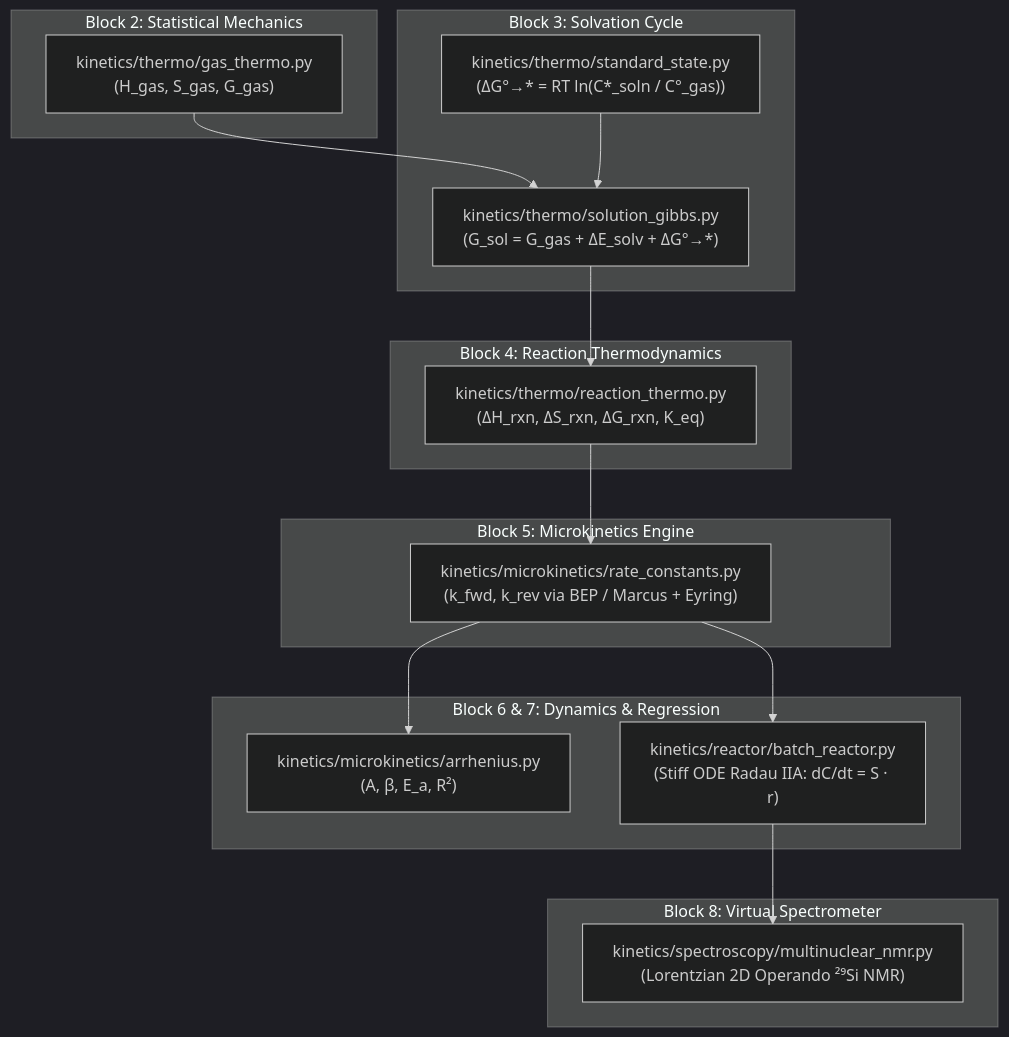
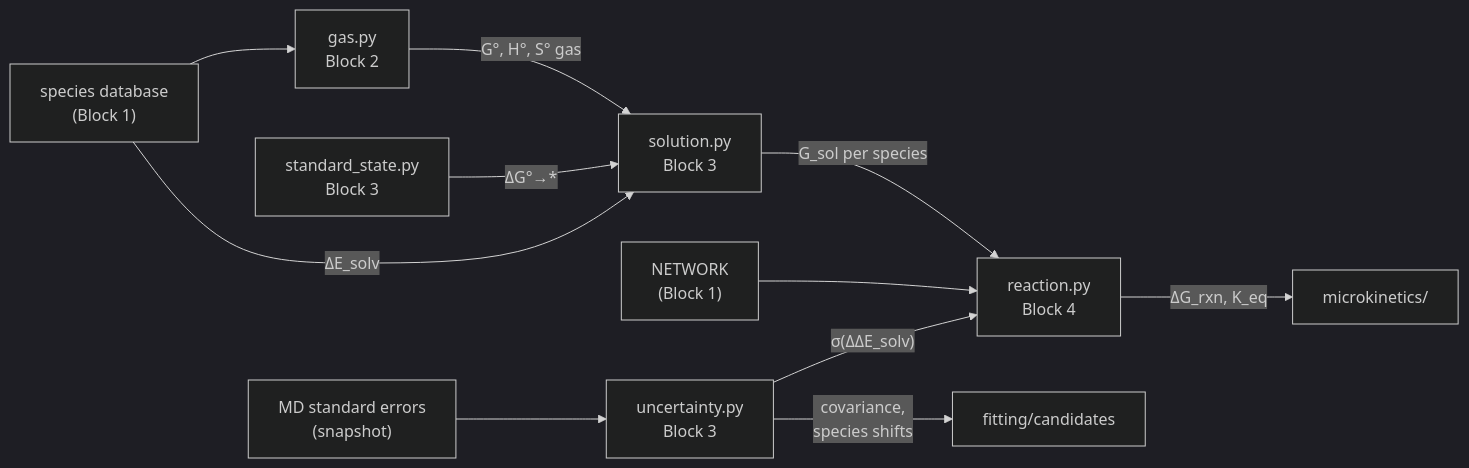
Before and after one commit to yralcaraz/atom-to-reactor: the third of 8 diagrams in MODULES.md, drawn with Mermaid (dark theme). The commit also changed other lines of this file and 33 other files, not shown here.

First line of the commit message:
Second fit: fitting system updates, docs and notebooks

````diff
--- a/MODULES.md
+++ b/MODULES.md
@@ -62,36 +208,13 @@
 ```mermaid
-flowchart TD
-    subgraph S1["Block 2: Statistical Mechanics"]
-        GT["kinetics/thermo/gas_thermo.py<br/>(H_gas, S_gas, G_gas)"]
-    end
-
-    subgraph S2["Block 3: Solvation Cycle"]
-        SSS["kinetics/thermo/standard_state.py<br/>(ΔG°→* = RT ln(C*_soln / C°_gas))"]
-        SG["kinetics/thermo/solution_gibbs.py<br/>(G_sol = G_gas + ΔE_solv + ΔG°→*)"]
-    end
-
-    subgraph S3["Block 4: Reaction Thermodynamics"]
-        RT["kinetics/thermo/reaction_thermo.py<br/>(ΔH_rxn, ΔS_rxn, ΔG_rxn, K_eq)"]
-    end
-
-    subgraph S4["Block 5: Microkinetics Engine"]
-        RC["kinetics/microkinetics/rate_constants.py<br/>(k_fwd, k_rev via BEP / Marcus + Eyring)"]
-    end
-
-    subgraph S5["Block 6 & 7: Dynamics & Regression"]
-        FA["kinetics/microkinetics/arrhenius.py<br/>(A, β, E_a, R²)"]
-        TR["kinetics/reactor/batch_reactor.py<br/>(Stiff ODE Radau IIA: dC/dt = S · r)"]
-    end
-
-    subgraph S6["Block 8: Virtual Spectrometer"]
-        NMR["kinetics/spectroscopy/multinuclear_nmr.py<br/>(Lorentzian 2D Operando ²⁹Si NMR)"]
-    end
-
-    GT --> SG
-    SSS --> SG
-    SG --> RT
-    RT --> RC
-    RC --> FA
-    RC --> TR
-    TR --> NMR
+flowchart LR
+    DB["species database<br/>(Block 1)"] --> gas["gas.py<br/>Block 2"]
+    gas -- "G°, H°, S° gas" --> solution["solution.py<br/>Block 3"]
+    ss["standard_state.py<br/>Block 3"] -- "ΔG°→*" --> solution
+    DB -- "ΔE_solv" --> solution
+    solution -- "G_sol per species" --> reaction["reaction.py<br/>Block 4"]
+    NET["NETWORK<br/>(Block 1)"] --> reaction
+    MD["MD standard errors<br/>(snapshot)"] --> unc["uncertainty.py<br/>Block 3"]
+    unc -- "σ(ΔΔE_solv)" --> reaction
+    reaction -- "ΔG_rxn, K_eq" --> MK["microkinetics/"]
+    unc -- "covariance,<br/>species shifts" --> FIT["fitting/candidates"]
 ```
````
